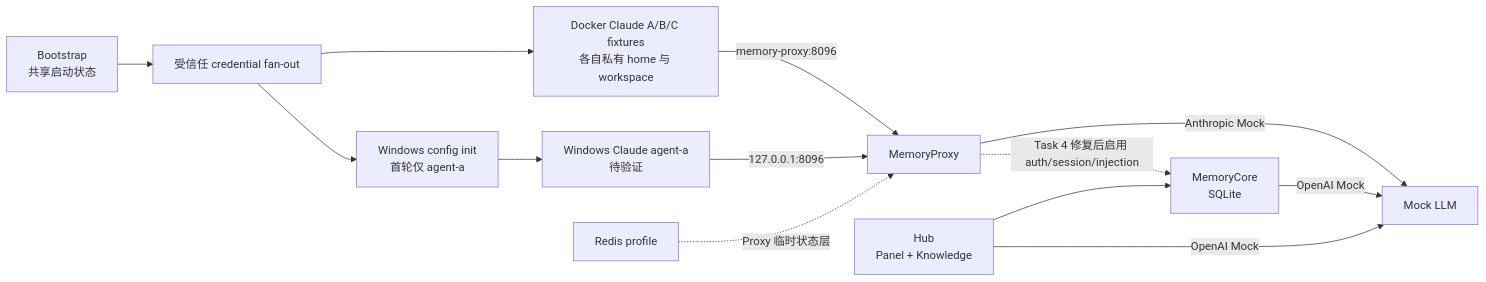
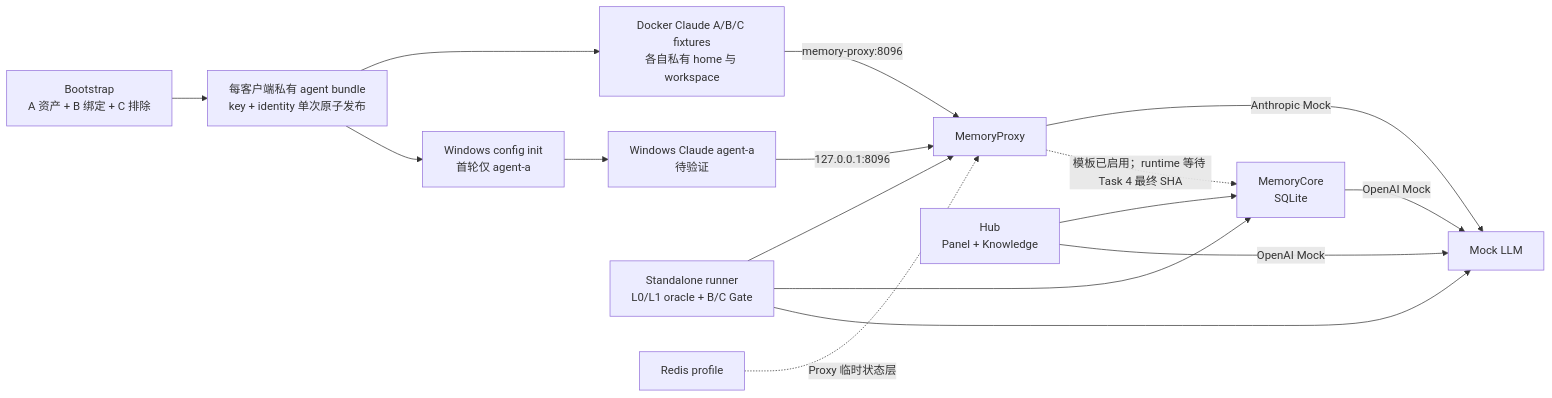
One commit to psiQAQ/agents-memory changed the second of 3 diagrams in docs/enterprise-memory-system-evaluation.md. Above: the diagram before and after it, drawn with Mermaid. The commit also changed other lines of this file and 28 other files, not shown here.

Commit message:
feat: add standalone memory integration gate

````diff
--- a/docs/enterprise-memory-system-evaluation.md
+++ b/docs/enterprise-memory-system-evaluation.md
@@ -43,15 +89,18 @@
 ```mermaid
 flowchart LR
-  B["Bootstrap<br/>共享启动状态"] --> F["受信任 credential fan-out"]
+  B["Bootstrap<br/>A 资产 + B 绑定 + C 排除"] --> F["每客户端私有 agent bundle<br/>key + identity 单次原子发布"]
   F --> DA["Docker Claude A/B/C fixtures<br/>各自私有 home 与 workspace"]
   F --> WI["Windows config init<br/>首轮仅 agent-a"]
   WI --> WA["Windows Claude agent-a<br/>待验证"]
   WA -->|"127.0.0.1:8096"| P["MemoryProxy"]
   DA -->|"memory-proxy:8096"| P
   P -->|"Anthropic Mock"| M["Mock LLM"]
   C["MemoryCore<br/>SQLite"] -->|"OpenAI Mock"| M
+  T["Standalone runner<br/>L0/L1 oracle + B/C Gate"] --> P
+  T --> C
+  T --> M
   H["Hub<br/>Panel + Knowledge"] --> C
   H -->|"OpenAI Mock"| M
-  P -. "Task 4 修复后启用 auth/session/injection" .-> C
+  P -. "模板已启用；runtime 等待 Task 4 最终 SHA" .-> C
   R["Redis profile"] -. "Proxy 临时状态层" .-> P
 ```
````
